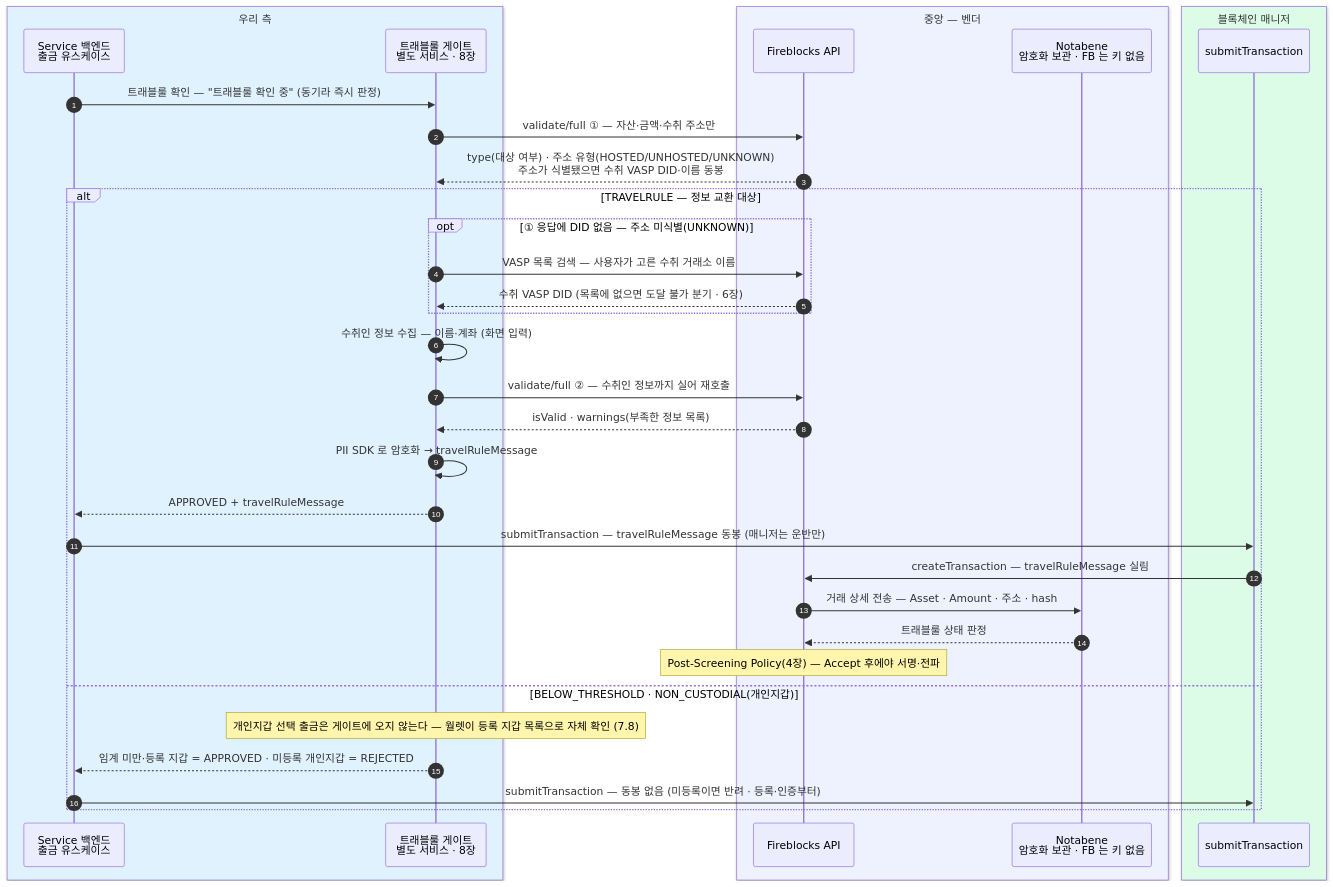
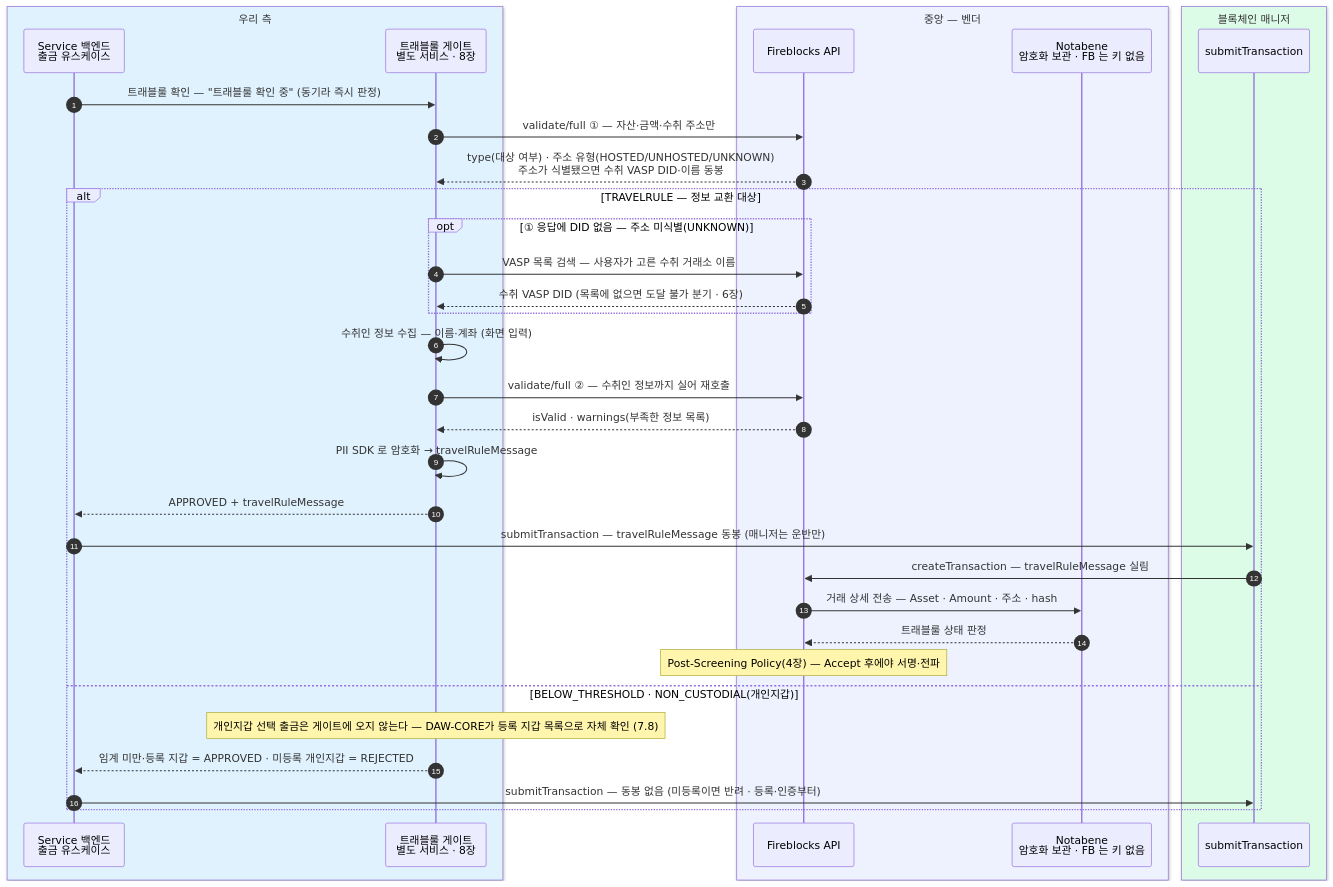
The second of 11 diagrams in blockchain-manager/docs/트래블룰/설계/07-scenarios.md (eunsujeo/eunpus), drawn with Mermaid before and after one commit. The commit also changed other lines of this file and 25 other files, not shown here.

First line of the commit message:
컴플라이언스·온보딩 정리 — 코어 명칭 DAW-CORE 통일 + 출금 확인 비동기 통일 + 다이어그램 보강

````diff
--- a/blockchain-manager/docs/트래블룰/설계/07-scenarios.md
+++ b/blockchain-manager/docs/트래블룰/설계/07-scenarios.md
@@ -87,39 +87,39 @@
 ```mermaid
 sequenceDiagram
     autonumber
     box rgb(224,242,254) 우리 측
     participant BE as Service 백엔드<br/>출금 유스케이스
     participant GT as 트래블룰 게이트<br/>별도 서비스 · 8장
     end
     box rgb(238,242,255) 중앙 — 벤더
     participant FB as Fireblocks API
     participant NB as Notabene<br/>암호화 보관 · FB 는 키 없음
     end
     box rgb(220,252,231) 블록체인 매니저
     participant BM as submitTransaction
     end
 
     BE->>GT: 트래블룰 확인 — "트래블룰 확인 중" (동기라 즉시 판정)
     GT->>FB: validate/full ① — 자산·금액·수취 주소만
     FB-->>GT: type(대상 여부) · 주소 유형(HOSTED/UNHOSTED/UNKNOWN)<br/>주소가 식별됐으면 수취 VASP DID·이름 동봉
     alt TRAVELRULE — 정보 교환 대상
         opt ① 응답에 DID 없음 — 주소 미식별(UNKNOWN)
             GT->>FB: VASP 목록 검색 — 사용자가 고른 수취 거래소 이름
             FB-->>GT: 수취 VASP DID (목록에 없으면 도달 불가 분기 · 6장)
         end
         GT->>GT: 수취인 정보 수집 — 이름·계좌 (화면 입력)
         GT->>FB: validate/full ② — 수취인 정보까지 실어 재호출
         FB-->>GT: isValid · warnings(부족한 정보 목록)
         GT->>GT: PII SDK 로 암호화 → travelRuleMessage
         GT-->>BE: APPROVED + travelRuleMessage
         BE->>BM: submitTransaction — travelRuleMessage 동봉 (매니저는 운반만)
         BM->>FB: createTransaction — travelRuleMessage 실림
         FB->>NB: 거래 상세 전송 — Asset · Amount · 주소 · hash
         NB-->>FB: 트래블룰 상태 판정
         Note over FB: Post-Screening Policy(4장) — Accept 후에야 서명·전파
     else BELOW_THRESHOLD · NON_CUSTODIAL(개인지갑)
-        Note over GT: 개인지갑 선택 출금은 게이트에 오지 않는다 — 월렛이 등록 지갑 목록으로 자체 확인 (7.8)
+        Note over GT: 개인지갑 선택 출금은 게이트에 오지 않는다 — DAW-CORE가 등록 지갑 목록으로 자체 확인 (7.8)
         GT-->>BE: 임계 미만·등록 지갑 = APPROVED · 미등록 개인지갑 = REJECTED
         BE->>BM: submitTransaction — 동봉 없음 (미등록이면 반려 · 등록·인증부터)
     end
 ```
````
